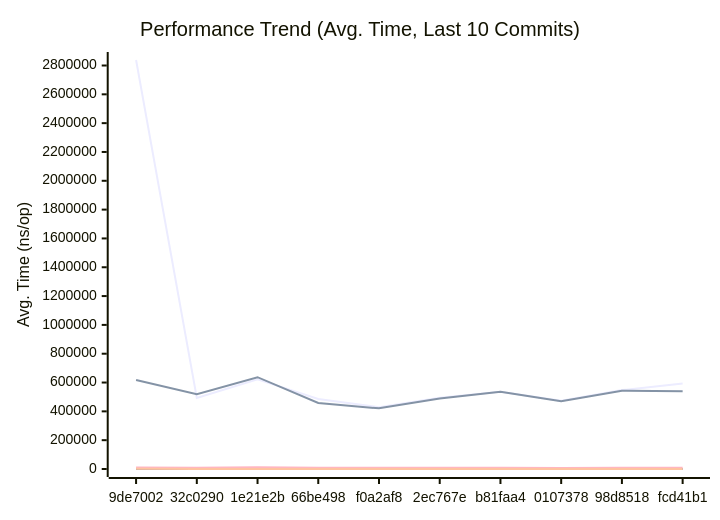
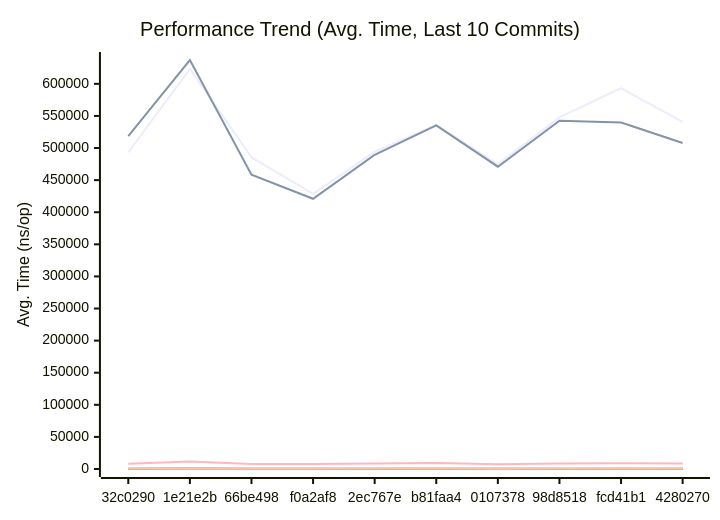
One commit to alsotoes/momo changed the first of 3 diagrams in docs/PERFORMANCE.md. Above: the diagram before and after it, drawn with Mermaid. The commit also changed other lines of this file and 3 other files, not shown here.

````diff
--- a/docs/PERFORMANCE.md
+++ b/docs/PERFORMANCE.md
@@ -145,20 +145,20 @@
 ```mermaid
 xychart-beta
     title "Performance Trend (Avg. Time, Last 10 Commits)"
     x-axis "Commit"
     y-axis "Avg. Time (ns/op)"
-    x-axis [9de7002,32c0290,1e21e2b,66be498,f0a2af8,2ec767e,b81faa4,0107378,98d8518,fcd41b1]
-    line "AWSChunkedReaderSigned" [2838201,493329,623314,485586,428699,494161,536055,474487,547638,593420]
-    line "AWSChunkedReaderUnsigned" [617880,518620,637133,458443,420916,489488,535372,470934,542477,539873]
-    line "CheckMetricsAndSwap" [16,10,13,9,8,8,11,8,9,11]
-    line "CrushOptimized" [381,353,419,355,342,351,359,357,366,358]
-    line "CrushOriginal" [686,549,628,459,465,587,501,444,519,560]
-    line "IndexDirectTracking" [1,0,1,0,0,0,0,0,0,0]
-    line "IndexSearch" [3,2,3,3,3,3,3,3,3,3]
-    line "LoadGlobalConfig" [10925,8352,11680,7877,7811,8699,9154,7311,8381,9076]
-    line "PadString" [66,53,64,43,49,49,50,41,54,51]
+    x-axis [32c0290,1e21e2b,66be498,f0a2af8,2ec767e,b81faa4,0107378,98d8518,fcd41b1,4280270]
+    line "AWSChunkedReaderSigned" [493329,623314,485586,428699,494161,536055,474487,547638,593420,540561]
+    line "AWSChunkedReaderUnsigned" [518620,637133,458443,420916,489488,535372,470934,542477,539873,507878]
+    line "CheckMetricsAndSwap" [10,13,9,8,8,11,8,9,11,10]
+    line "CrushOptimized" [353,419,355,342,351,359,357,366,358,402]
+    line "CrushOriginal" [549,628,459,465,587,501,444,519,560,494]
+    line "IndexDirectTracking" [0,1,0,0,0,0,0,0,0,1]
+    line "IndexSearch" [2,3,3,3,3,3,3,3,3,3]
+    line "LoadGlobalConfig" [8352,11680,7877,7811,8699,9154,7311,8381,9076,8636]
+    line "PadString" [53,64,43,49,49,50,41,54,51,52]
     line "ParseReplicationOrder_NoPrealloc" [350,349,357,354,345,225,229,165,232,234]
     line "ParseReplicationOrder_Prealloc" [229,231,237,234,229,108,107,80,110,109]
-    line "SanitizeLog/Safe" [673,440,585,444,426,532,520,440,468,493]
-    line "SanitizeLog/Unsafe" [1502,669,794,568,519,657,616,544,677,712]
+    line "SanitizeLog/Safe" [440,585,444,426,532,520,440,468,493,456]
+    line "SanitizeLog/Unsafe" [669,794,568,519,657,616,544,677,712,678]
 ```
````
